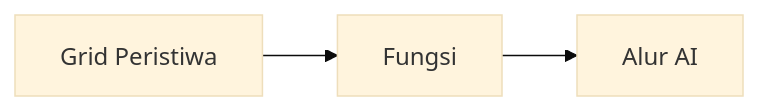
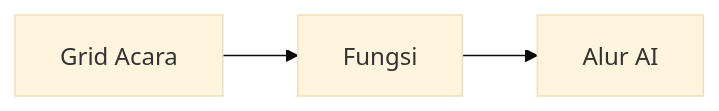
The second of 2 diagrams in translations/id/docs/chapter-08-production/README.md (microsoft/AZD-for-beginners), drawn with Mermaid (base theme) before and after one commit. The commit also changed other lines of this file and 101 other files, not shown here.

````diff
--- a/translations/id/docs/chapter-08-production/README.md
+++ b/translations/id/docs/chapter-08-production/README.md
@@ -54,4 +56,4 @@
 ```mermaid
 graph LR
-    EventGrid[Grid Peristiwa] --> Functions[Fungsi] --> Pipeline[Alur AI]
+    EventGrid[Grid Acara] --> Functions[Fungsi] --> Pipeline[Alur AI]
 ```
````
